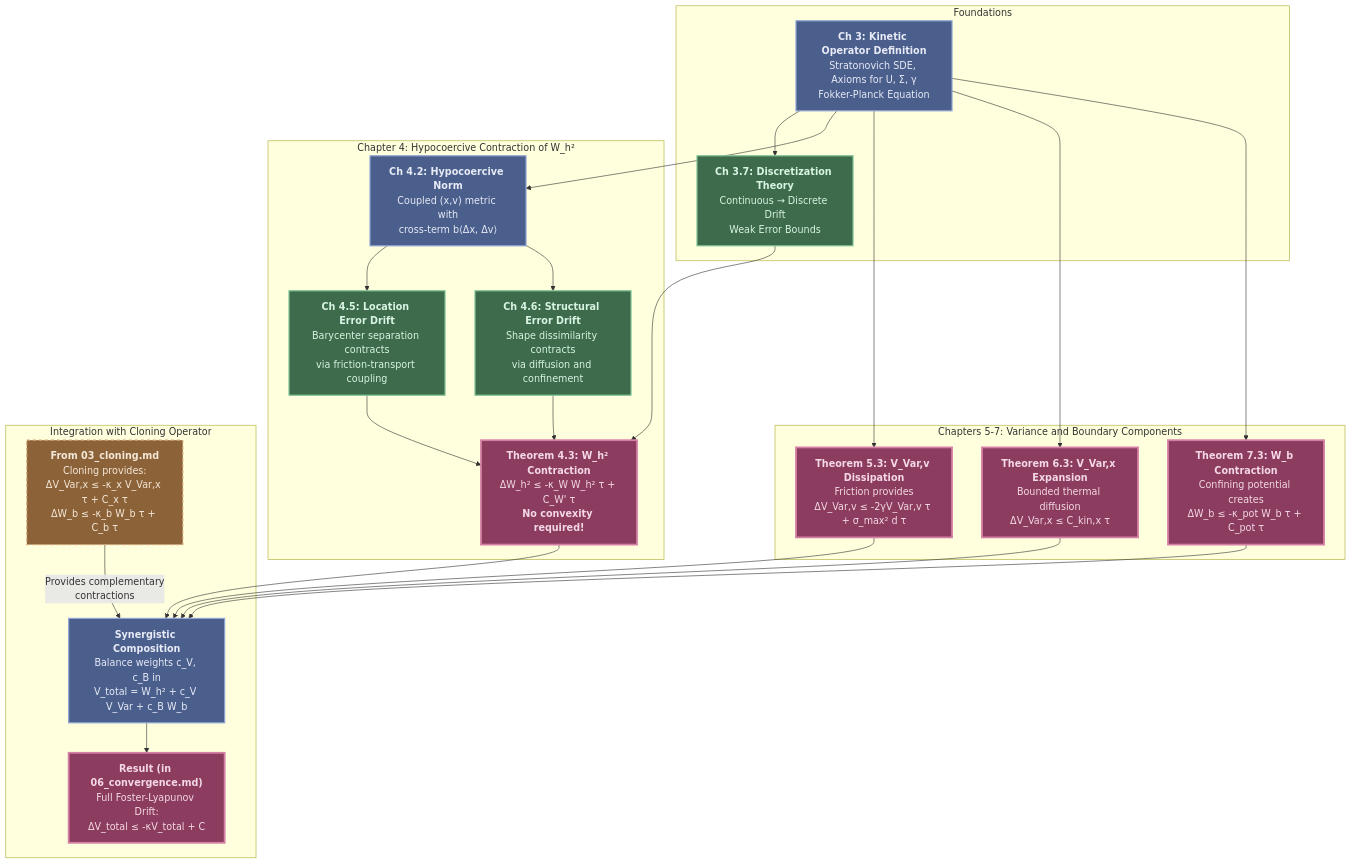
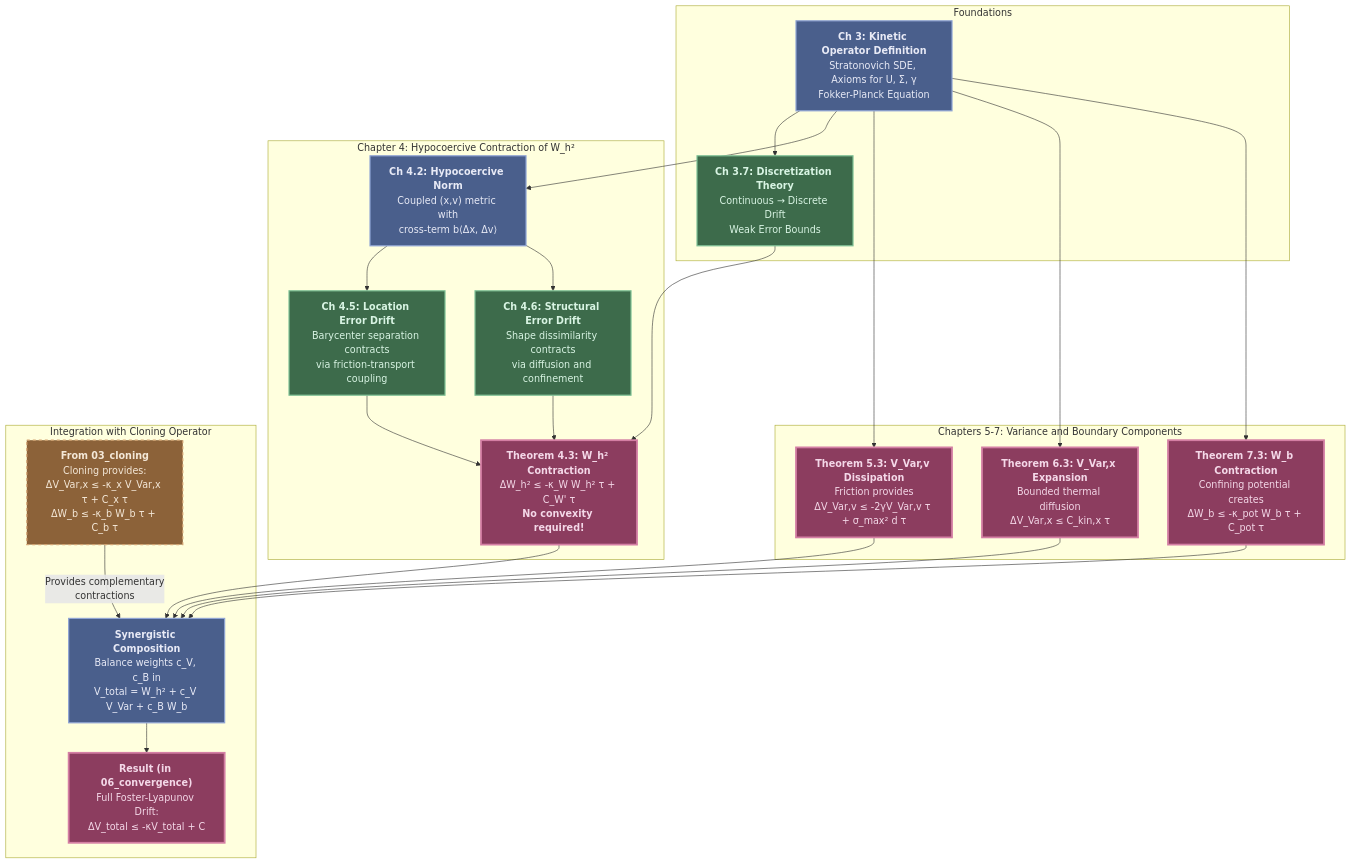
One commit to FragileTech/fragile changed the diagram in docs/source/3_fractal_gas/appendices/05_kinetic_contraction.md. Above: the diagram before and after it, drawn with Mermaid. The commit also changed other lines of this file and 29 other files, not shown here.

````diff
--- a/docs/source/3_fractal_gas/appendices/05_kinetic_contraction.md
+++ b/docs/source/3_fractal_gas/appendices/05_kinetic_contraction.md
@@ -57,50 +59,50 @@
 ```{mermaid}
 graph TD
     subgraph "Foundations"
         A["<b>Ch 3: Kinetic Operator Definition</b><br>Stratonovich SDE, Axioms for U, Σ, γ<br>Fokker-Planck Equation"]:::stateStyle
         B["<b>Ch 3.7: Discretization Theory</b><br>Continuous → Discrete Drift<br>Weak Error Bounds"]:::lemmaStyle
     end
 
     subgraph "Chapter 4: Hypocoercive Contraction of W_h²"
         C["<b>Ch 4.2: Hypocoercive Norm</b><br>Coupled (x,v) metric with<br>cross-term b⟨Δx, Δv⟩"]:::stateStyle
         D["<b>Ch 4.5: Location Error Drift</b><br>Barycenter separation contracts<br>via friction-transport coupling"]:::lemmaStyle
         E["<b>Ch 4.6: Structural Error Drift</b><br>Shape dissimilarity contracts<br>via diffusion and confinement"]:::lemmaStyle
         F["<b>Theorem 4.3: W_h² Contraction</b><br>ΔW_h² ≤ -κ_W W_h² τ + C_W' τ<br><b>No convexity required!</b>"]:::theoremStyle
     end
 
     subgraph "Chapters 5-7: Variance and Boundary Components"
         G["<b>Theorem 5.3: V_Var,v Dissipation</b><br>Friction provides<br>ΔV_Var,v ≤ -2γV_Var,v τ + σ_max² d τ"]:::theoremStyle
         H["<b>Theorem 6.3: V_Var,x Expansion</b><br>Bounded thermal diffusion<br>ΔV_Var,x ≤ C_kin,x τ"]:::theoremStyle
         I["<b>Theorem 7.3: W_b Contraction</b><br>Confining potential creates<br>ΔW_b ≤ -κ_pot W_b τ + C_pot τ"]:::theoremStyle
     end
 
     subgraph "Integration with Cloning Operator"
-        J["<b>From 03_cloning.md</b><br>Cloning provides:<br>ΔV_Var,x ≤ -κ_x V_Var,x τ + C_x τ<br>ΔW_b ≤ -κ_b W_b τ + C_b τ"]:::axiomStyle
+        J["<b>From 03_cloning</b><br>Cloning provides:<br>ΔV_Var,x ≤ -κ_x V_Var,x τ + C_x τ<br>ΔW_b ≤ -κ_b W_b τ + C_b τ"]:::axiomStyle
         K["<b>Synergistic Composition</b><br>Balance weights c_V, c_B in<br>V_total = W_h² + c_V V_Var + c_B W_b"]:::stateStyle
-        L["<b>Result (in 06_convergence.md)</b><br>Full Foster-Lyapunov Drift:<br>ΔV_total ≤ -κV_total + C"]:::theoremStyle
+        L["<b>Result (in 06_convergence)</b><br>Full Foster-Lyapunov Drift:<br>ΔV_total ≤ -κV_total + C"]:::theoremStyle
     end
 
     A --> B
     A --> C
     B --> F
     C --> D
     C --> E
     D --> F
     E --> F
 
     A --> G
     A --> H
     A --> I
 
     F --> K
     G --> K
     H --> K
     I --> K
     J -- "Provides complementary<br>contractions" --> K
     K --> L
 
     classDef stateStyle fill:#4a5f8c,stroke:#8fa4d4,stroke-width:2px,color:#e8eaf6
     classDef axiomStyle fill:#8c6239,stroke:#d4a574,stroke-width:2px,stroke-dasharray: 5 5,color:#f4e8d8
     classDef lemmaStyle fill:#3d6b4b,stroke:#7fc296,stroke-width:2px,color:#d8f4e3
     classDef theoremStyle fill:#8c3d5f,stroke:#d47fa4,stroke-width:3px,color:#f4d8e8
 ```
````
